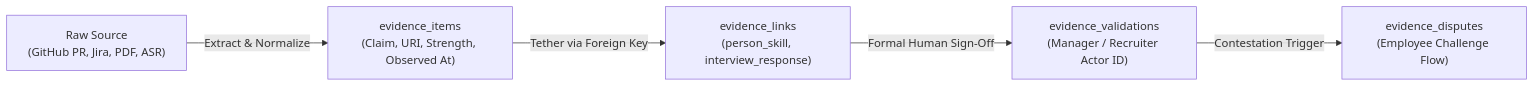
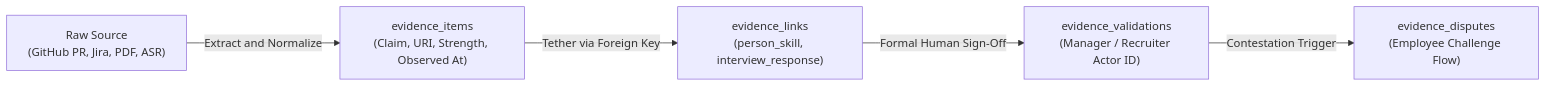
One commit to sharancode3/WorkSense changed the sixth of 18 diagrams in docs/06-System-Architecture.md. Above: the diagram before and after it, drawn with Mermaid. The commit also changed other lines of this file and 9 other files, not shown here.

Commit message:
fix(docs): resolve Mermaid syntax parse errors across all markdown specifications

````diff
--- a/docs/06-System-Architecture.md
+++ b/docs/06-System-Architecture.md
@@ -457,12 +415,8 @@
 ```mermaid
 flowchart LR
-    SRC["Raw Source
-(GitHub PR, Jira, PDF, ASR)"] -->|Extract & Normalize| EV_ITEM["evidence_items
-(Claim, URI, Strength, Observed At)"]
-    EV_ITEM -->|Tether via Foreign Key| EV_LINK["evidence_links
-(person_skill, interview_response)"]
-    EV_LINK -->|Formal Human Sign-Off| EV_VAL["evidence_validations
-(Manager / Recruiter Actor ID)"]
-    EV_VAL -->|Contestation Trigger| EV_DISP["evidence_disputes
-(Employee Challenge Flow)"]
+    SRC["Raw Source<br/>(GitHub PR, Jira, PDF, ASR)"] -->|"Extract and Normalize"| EV_ITEM["evidence_items<br/>(Claim, URI, Strength, Observed At)"]
+    EV_ITEM -->|"Tether via Foreign Key"| EV_LINK["evidence_links<br/>(person_skill, interview_response)"]
+    EV_LINK -->|"Formal Human Sign-Off"| EV_VAL["evidence_validations<br/>(Manager / Recruiter Actor ID)"]
+    EV_VAL -->|"Contestation Trigger"| EV_DISP["evidence_disputes<br/>(Employee Challenge Flow)"]
+
 ```
````
